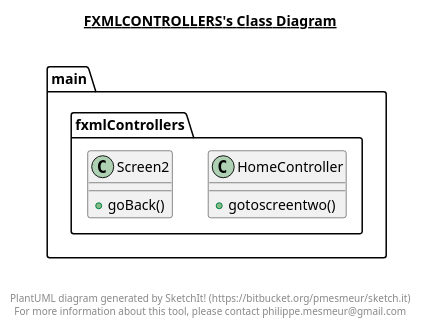
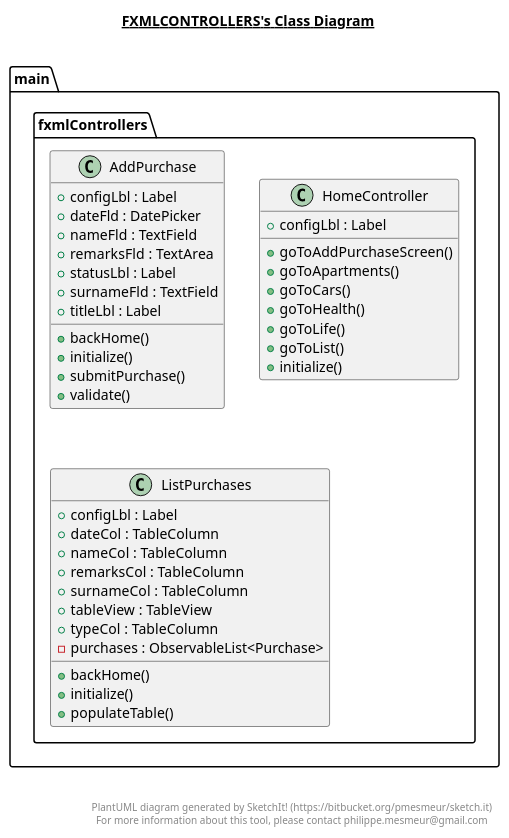
The diagram in src/main/fxmlControllers/fxmlControllers.plantuml (leprekon91/designPatternsFinal), drawn with PlantUML before and after one commit. The commit also changed 60 other files, not shown here.

```diff
--- a/src/main/fxmlControllers/fxmlControllers.plantuml
+++ b/src/main/fxmlControllers/fxmlControllers.plantuml
@@ -1,32 +1,68 @@
 @startuml
 
 title __FXMLCONTROLLERS's Class Diagram__\n
 
   namespace main {
     namespace fxmlControllers {
-      class main.fxmlControllers.HomeController {
-          + gotoscreentwo()
+      class main.fxmlControllers.AddPurchase {
+          + configLbl : Label
+          + dateFld : DatePicker
+          + nameFld : TextField
+          + remarksFld : TextArea
+          + statusLbl : Label
+          + surnameFld : TextField
+          + titleLbl : Label
+          + backHome()
+          + initialize()
+          + submitPurchase()
+          + validate()
       }
     }
   }
   
 
   namespace main {
     namespace fxmlControllers {
-      class main.fxmlControllers.Screen2 {
-          + goBack()
+      class main.fxmlControllers.HomeController {
+          + configLbl : Label
+          + goToAddPurchaseScreen()
+          + goToApartments()
+          + goToCars()
+          + goToHealth()
+          + goToLife()
+          + goToList()
+          + initialize()
+      }
+    }
+  }
+  
+
+  namespace main {
+    namespace fxmlControllers {
+      class main.fxmlControllers.ListPurchases {
+          + configLbl : Label
+          + dateCol : TableColumn
+          + nameCol : TableColumn
+          + remarksCol : TableColumn
+          + surnameCol : TableColumn
+          + tableView : TableView
+          + typeCol : TableColumn
+          - purchases : ObservableList<Purchase>
+          + backHome()
+          + initialize()
+          + populateTable()
       }
     }
   }
   
 
 
 
 right footer
 
 
 PlantUML diagram generated by SketchIt! (https://bitbucket.org/pmesmeur/sketch.it)
 For more information about this tool, please contact philippe.mesmeur@gmail.com
 endfooter
 
 @enduml
```
